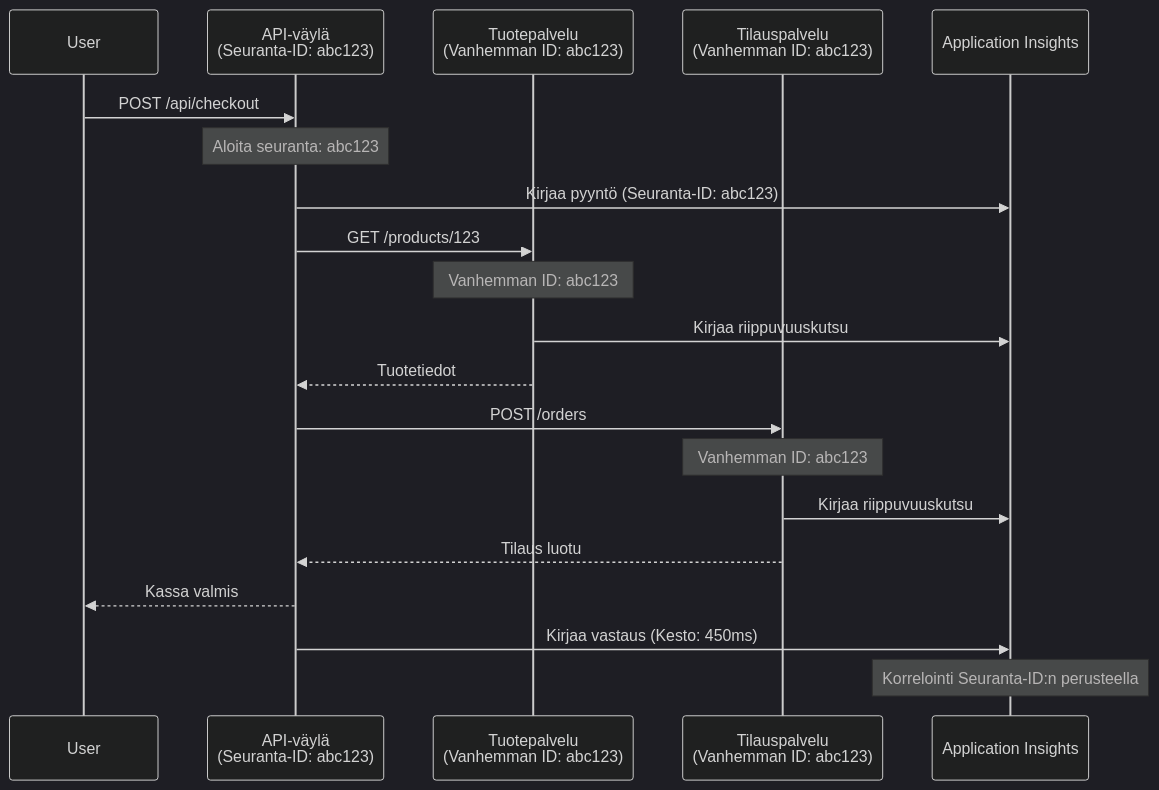
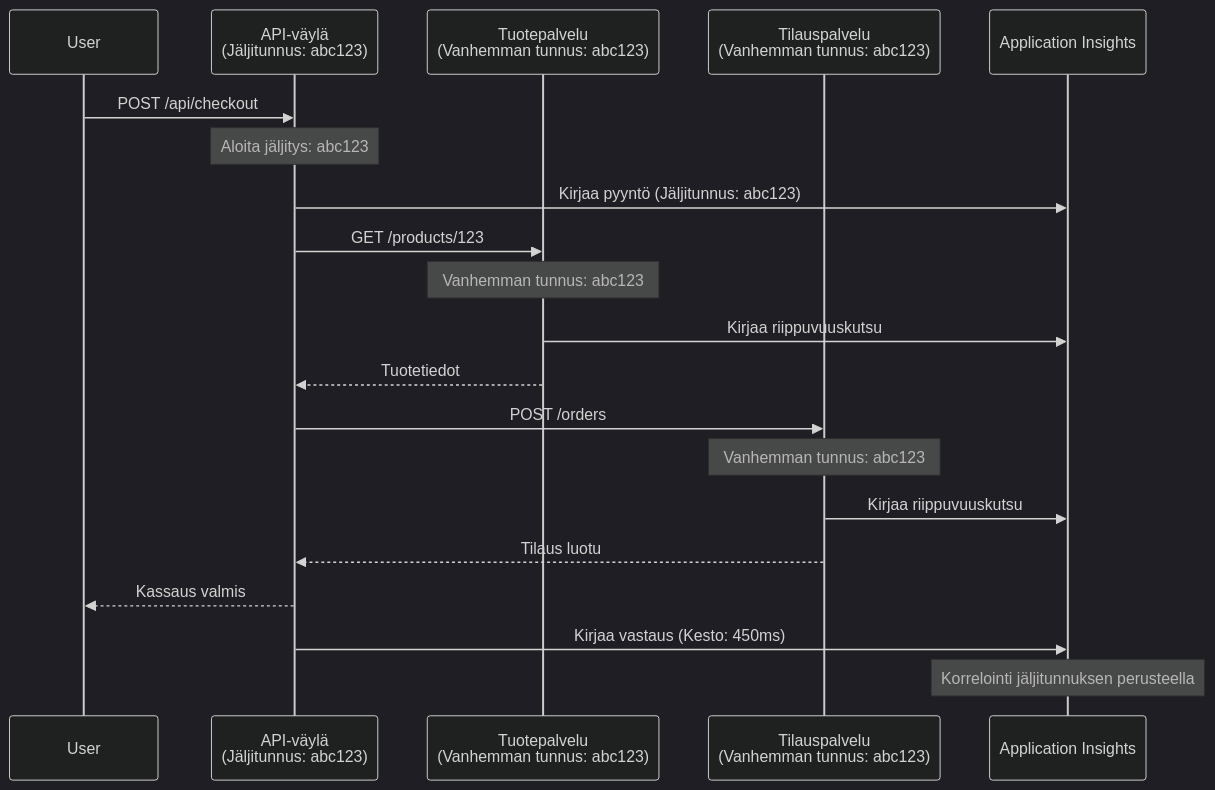
One commit to microsoft/AZD-for-beginners changed the second of 2 diagrams in translations/fi/docs/chapter-06-pre-deployment/application-insights.md. Above: the diagram before and after it, drawn with Mermaid (dark theme). The commit also changed other lines of this file and 101 other files, not shown here.

````diff
--- a/translations/fi/docs/chapter-06-pre-deployment/application-insights.md
+++ b/translations/fi/docs/chapter-06-pre-deployment/application-insights.md
@@ -744,27 +744,27 @@
 ```mermaid
 sequenceDiagram
     participant User
-    participant Gateway as API-väylä<br/>(Seuranta-ID: abc123)
-    participant Product as Tuotepalvelu<br/>(Vanhemman ID: abc123)
-    participant Order as Tilauspalvelu<br/>(Vanhemman ID: abc123)
+    participant Gateway as API-väylä<br/>(Jäljitunnus: abc123)
+    participant Product as Tuotepalvelu<br/>(Vanhemman tunnus: abc123)
+    participant Order as Tilauspalvelu<br/>(Vanhemman tunnus: abc123)
     participant AppInsights as Application Insights
     
     User->>Gateway: POST /api/checkout
-    Note over Gateway: Aloita seuranta: abc123
-    Gateway->>AppInsights: Kirjaa pyyntö (Seuranta-ID: abc123)
+    Note over Gateway: Aloita jäljitys: abc123
+    Gateway->>AppInsights: Kirjaa pyyntö (Jäljitunnus: abc123)
     
     Gateway->>Product: GET /products/123
-    Note over Product: Vanhemman ID: abc123
+    Note over Product: Vanhemman tunnus: abc123
     Product->>AppInsights: Kirjaa riippuvuuskutsu
     Product-->>Gateway: Tuotetiedot
     
     Gateway->>Order: POST /orders
-    Note over Order: Vanhemman ID: abc123
+    Note over Order: Vanhemman tunnus: abc123
     Order->>AppInsights: Kirjaa riippuvuuskutsu
     Order-->>Gateway: Tilaus luotu
     
-    Gateway-->>User: Kassa valmis
+    Gateway-->>User: Kassaus valmis
     Gateway->>AppInsights: Kirjaa vastaus (Kesto: 450ms)
     
-    Note over AppInsights: Korrelointi Seuranta-ID:n perusteella
+    Note over AppInsights: Korrelointi jäljitunnuksen perusteella
 ```
````
